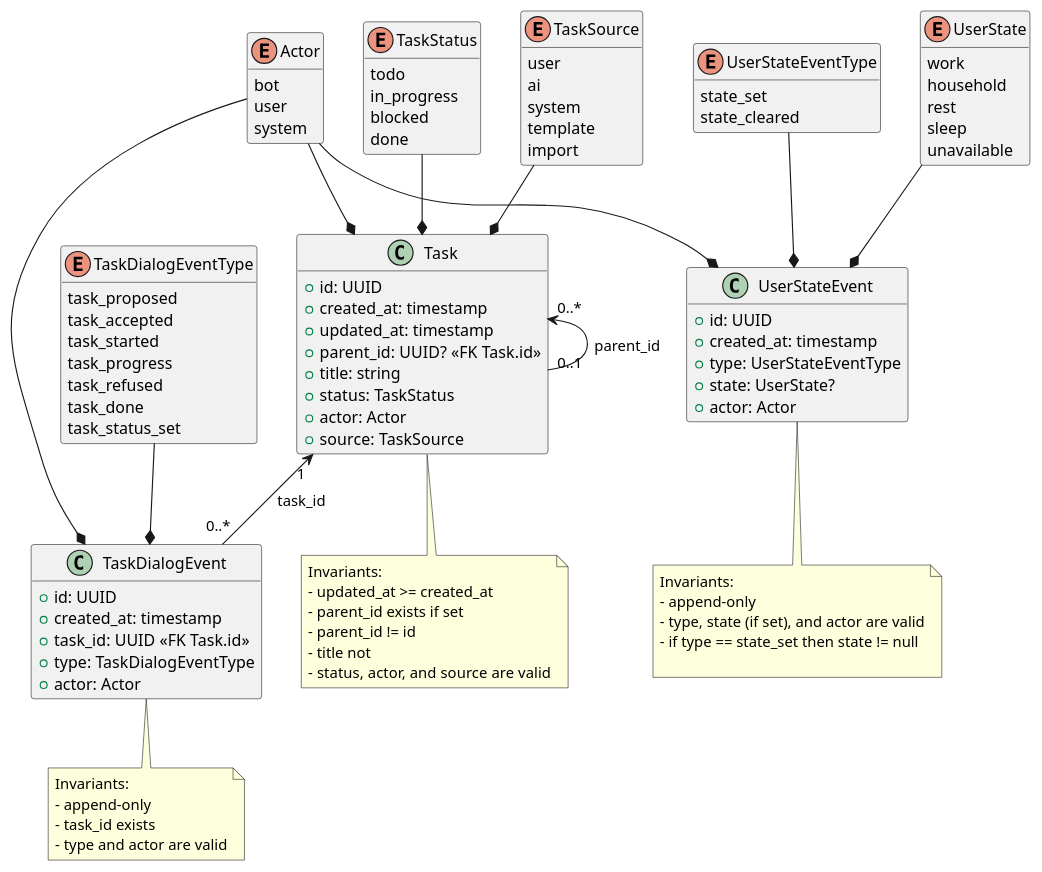
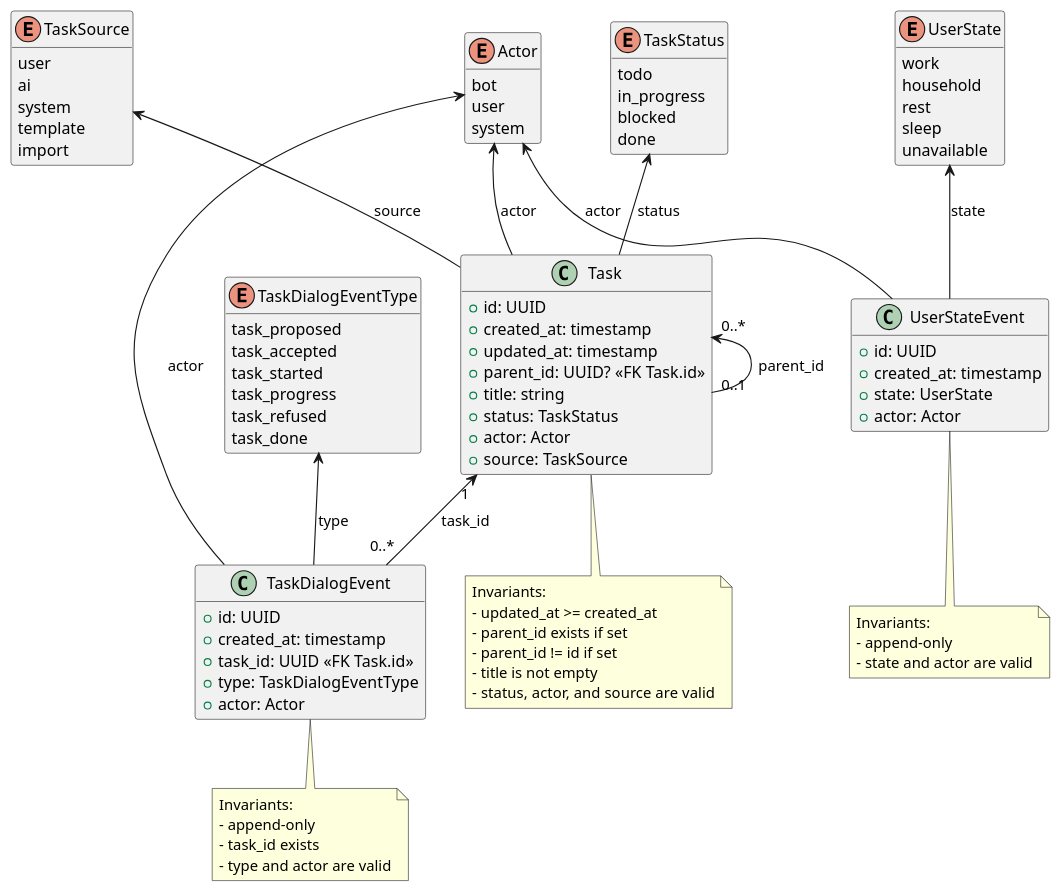
The diagram in docs/entities.plantuml (thewizardplusplus/wizard-assistant), drawn with PlantUML before and after one commit. The commit also changed 1 other file, not shown here.

Commit message:
Refactor entity documentation and UML diagrams for clarity and consistency

```diff
--- a/docs/entities.plantuml
+++ b/docs/entities.plantuml
@@ -1,117 +1,109 @@
 @startuml
 
 hide empty methods
 
 ' Enums
 
 enum Actor {
   bot
   user
   system
 }
 
 enum TaskStatus {
   todo
   in_progress
   blocked
   done
 }
 
 enum TaskSource {
   user
   ai
   system
   template
   import
 }
 
 enum TaskDialogEventType {
   task_proposed
   task_accepted
   task_started
   task_progress
   task_refused
   task_done
-  task_status_set
-}
-
-enum UserStateEventType {
-  state_set
-  state_cleared
 }
 
 enum UserState {
   work
   household
   rest
   sleep
   unavailable
 }
 
 ' Classes
 
 class Task {
   +id: UUID
   +created_at: timestamp
   +updated_at: timestamp
   +parent_id: UUID? <<FK Task.id>>
   +title: string
   +status: TaskStatus
   +actor: Actor
   +source: TaskSource
 }
 
 class TaskDialogEvent {
   +id: UUID
   +created_at: timestamp
   +task_id: UUID <<FK Task.id>>
   +type: TaskDialogEventType
   +actor: Actor
 }
 
 class UserStateEvent {
   +id: UUID
   +created_at: timestamp
-  +type: UserStateEventType
-  +state: UserState?
+  +state: UserState
   +actor: Actor
 }
 
 ' Relationships
 
 Task "0..*" <-- "0..1" Task : parent_id
 Task "1" <-- "0..*" TaskDialogEvent : task_id
-Actor --* Task
-Actor --* TaskDialogEvent
-Actor --* UserStateEvent
-TaskStatus --* Task
-TaskSource --* Task
-TaskDialogEventType --* TaskDialogEvent
-UserStateEventType --* UserStateEvent
-UserState --* UserStateEvent
+Actor <-- Task : actor
+Actor <-- TaskDialogEvent : actor
+Actor <-- UserStateEvent : actor
+TaskStatus <-- Task : status
+TaskSource <-- Task : source
+TaskDialogEventType <-- TaskDialogEvent : type
+UserState <-- UserStateEvent : state
+
+' Notes
 
 note bottom of Task
   Invariants:
   - updated_at >= created_at
   - parent_id exists if set
-  - parent_id != id
-  - title not 
+  - parent_id != id if set
+  - title is not empty
   - status, actor, and source are valid
 end note
 
 note bottom of TaskDialogEvent
   Invariants:
   - append-only
   - task_id exists
   - type and actor are valid
 end note
 
 note bottom of UserStateEvent
   Invariants:
   - append-only
-  - type, state (if set), and actor are valid
-  - if type == state_set then state != null
-
+  - state and actor are valid
 end note
 
 @enduml
```
